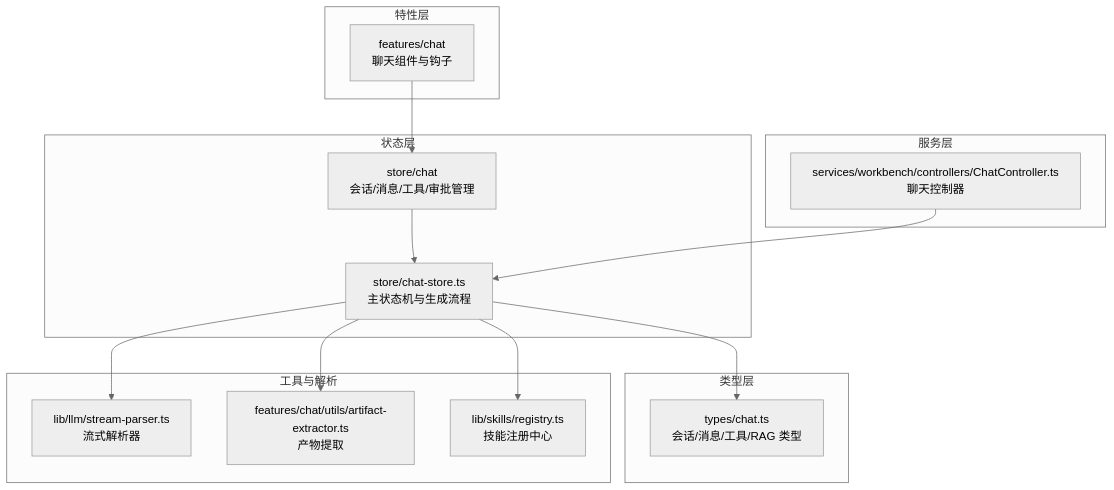
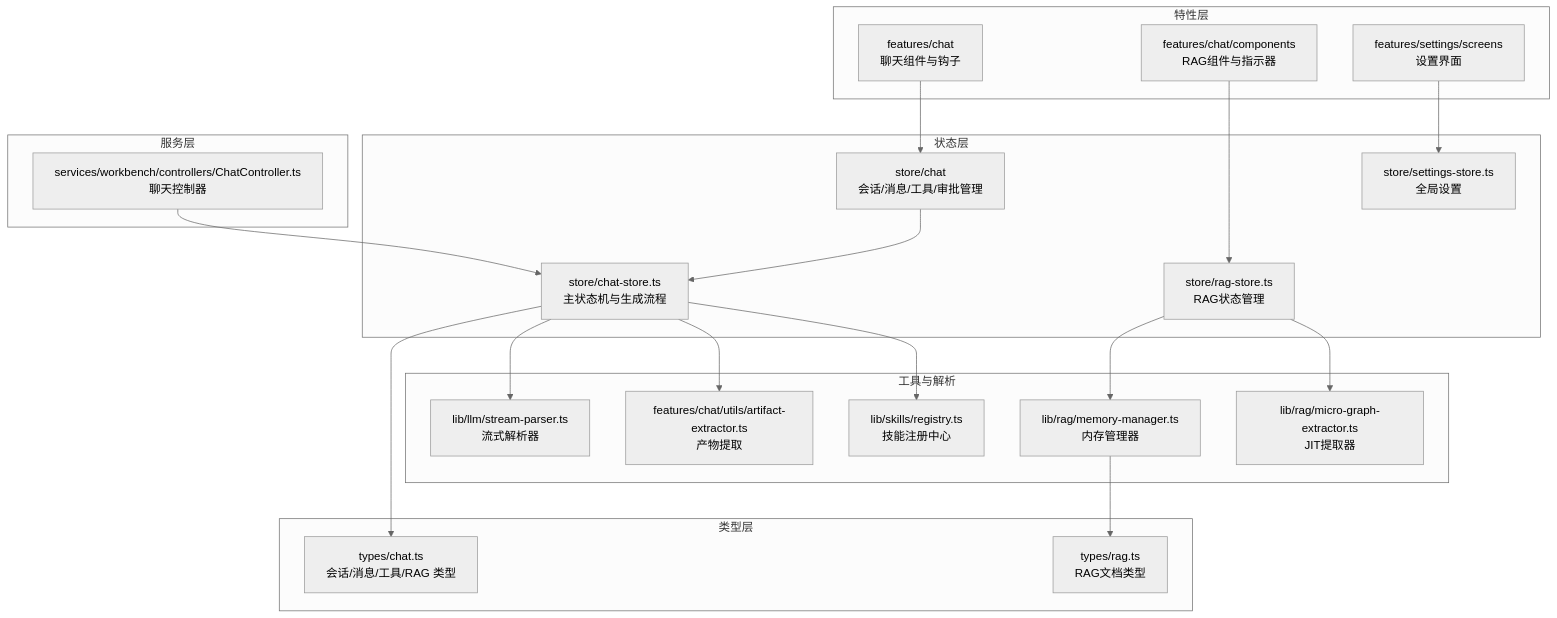
Before and after one commit to NarcisWL/Nexara: the first of 11 diagrams in .qoder/repowiki/zh/content/聊天系统详解/聊天系统详解.md, drawn with Mermaid (neutral theme). The commit also changed other lines of this file and 6 other files, not shown here.

````diff
--- a/.qoder/repowiki/zh/content/聊天系统详解/聊天系统详解.md
+++ b/.qoder/repowiki/zh/content/聊天系统详解/聊天系统详解.md
@@ -45,28 +61,40 @@
 ```mermaid
 graph TB
 subgraph "特性层"
 FE_Chat["features/chat<br/>聊天组件与钩子"]
+FE_Rag["features/chat/components<br/>RAG组件与指示器"]
+FE_Settings["features/settings/screens<br/>设置界面"]
 end
 subgraph "状态层"
 StoreChat["store/chat<br/>会话/消息/工具/审批管理"]
 StoreMain["store/chat-store.ts<br/>主状态机与生成流程"]
+StoreRag["store/rag-store.ts<br/>RAG状态管理"]
+StoreSettings["store/settings-store.ts<br/>全局设置"]
 end
 subgraph "服务层"
 Ctrl["services/workbench/controllers/ChatController.ts<br/>聊天控制器"]
 end
 subgraph "类型层"
 Types["types/chat.ts<br/>会话/消息/工具/RAG 类型"]
+TypesRag["types/rag.ts<br/>RAG文档类型"]
 end
 subgraph "工具与解析"
 StreamParser["lib/llm/stream-parser.ts<br/>流式解析器"]
 ArtifactExt["features/chat/utils/artifact-extractor.ts<br/>产物提取"]
 SkillReg["lib/skills/registry.ts<br/>技能注册中心"]
+MemMgr["lib/rag/memory-manager.ts<br/>内存管理器"]
+JIT["lib/rag/micro-graph-extractor.ts<br/>JIT提取器"]
 end
 FE_Chat --> StoreChat
+FE_Rag --> StoreRag
+FE_Settings --> StoreSettings
 StoreChat --> StoreMain
 Ctrl --> StoreMain
 StoreMain --> Types
 StoreMain --> StreamParser
 StoreMain --> ArtifactExt
 StoreMain --> SkillReg
+StoreRag --> MemMgr
+StoreRag --> JIT
+MemMgr --> TypesRag
 ```
````
